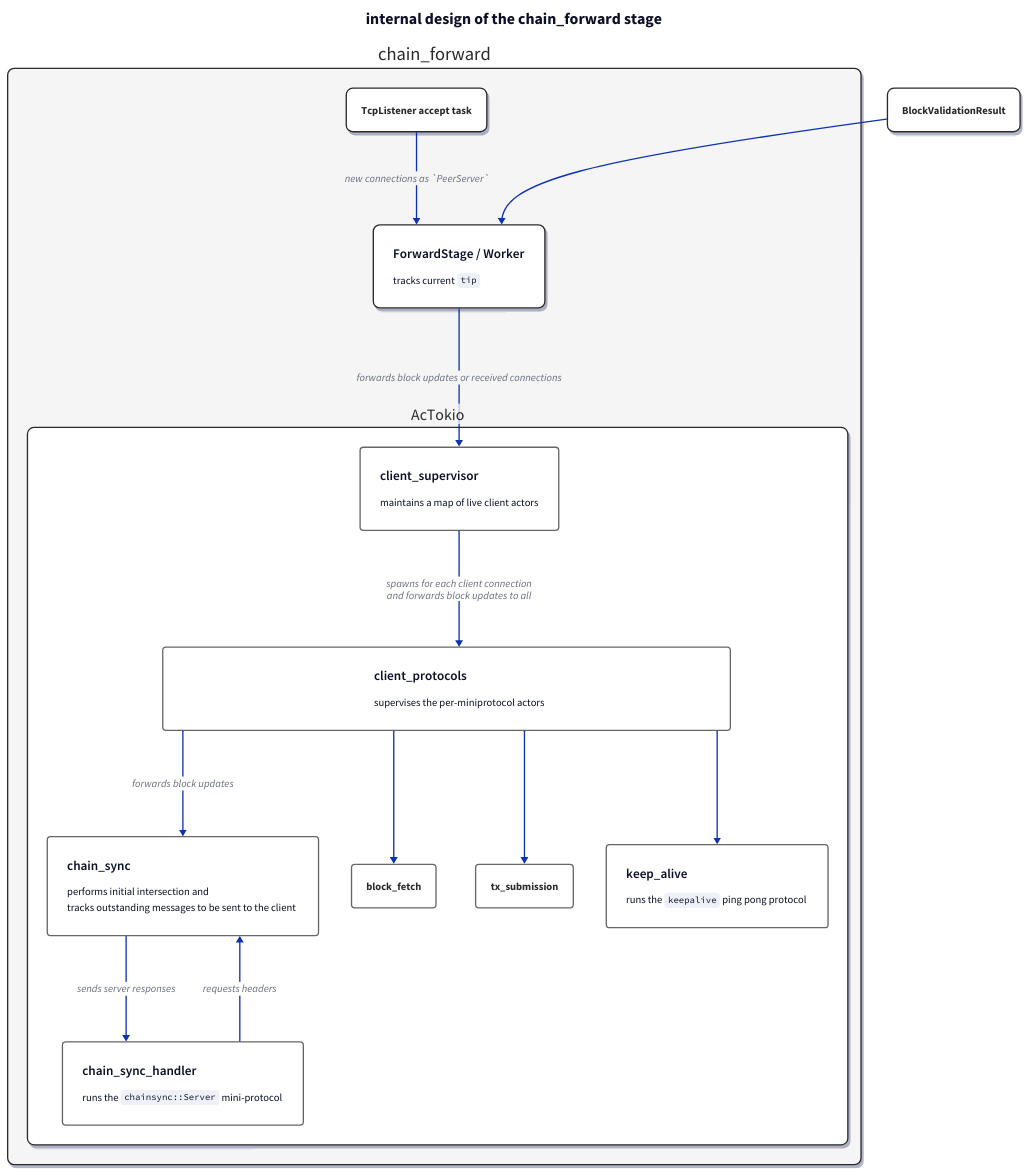
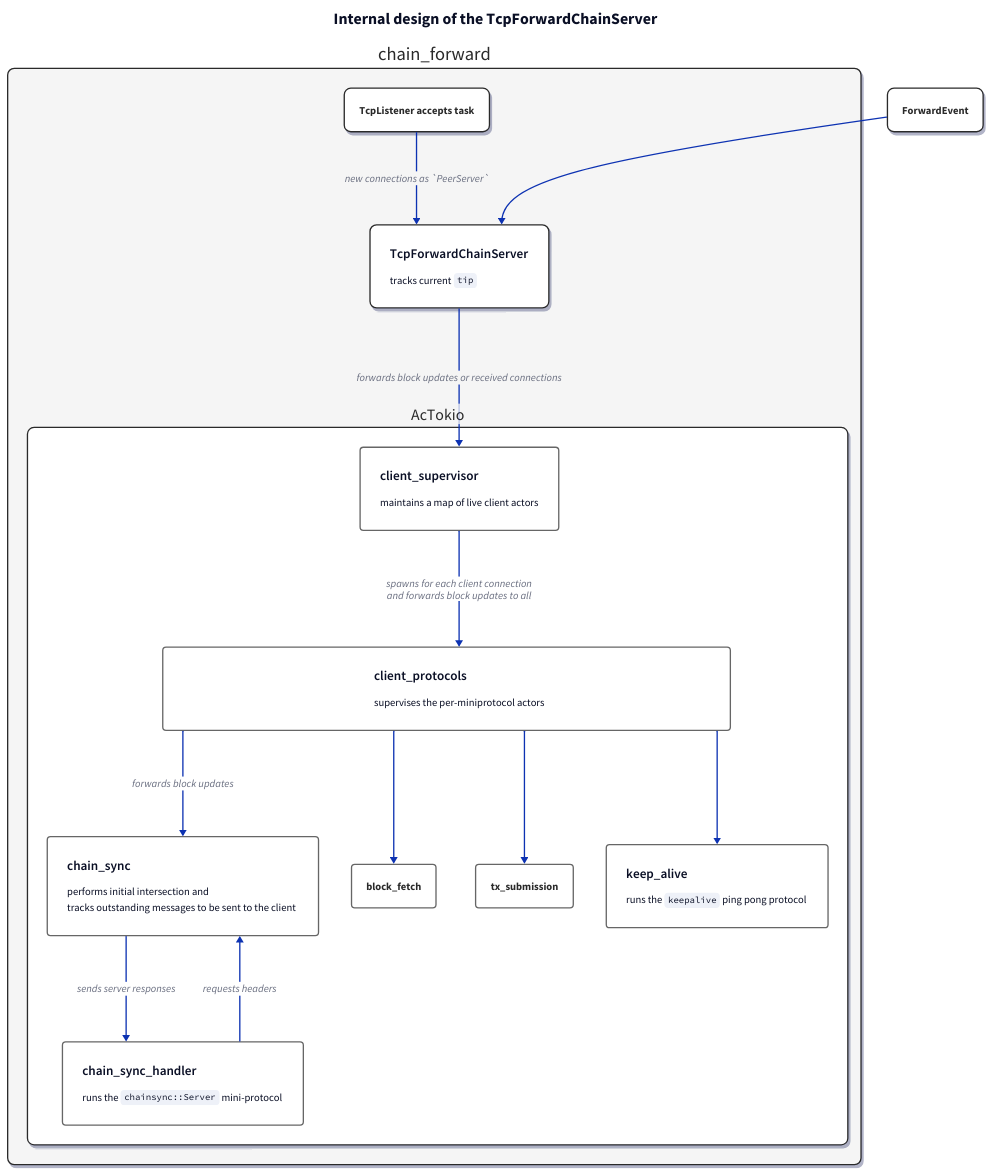
The diagram in crates/amaru/src/stages/consensus/forward_chain/chain_forward.d2 (pragma-org/amaru), drawn with D2 before and after one commit. The commit also changed 26 other files, not shown here.

Commit message:
feat: move the forward_chain stage to pure-stage

```diff
--- a/crates/amaru/src/stages/consensus/forward_chain/chain_forward.d2
+++ b/crates/amaru/src/stages/consensus/forward_chain/chain_forward.d2
@@ -1,126 +1,126 @@
 title: {
-  label: "internal design of the chain_forward stage"
+  label: "Internal design of the TcpForwardChainServer"
   near: top-center
   shape: text
   style.font-size: 24
   style.bold: true
 }
 
 # Styles
 classes: {
   component: {
     style: {
       stroke: "#2a2a2a"
       fill: "#ffffff"
       font-color: "#2a2a2a"
       border-radius: 10
       shadow: true
     }
   }
   container: {
     style: {
       stroke: "#2a2a2a"
       fill: "#f5f5f5"
       font-color: "#2a2a2a"
       border-radius: 10
       shadow: true
     }
   }
   subcomponent: {
     style: {
       stroke: "#666666"
       fill: "#ffffff"
       font-color: "#2a2a2a"
       border-radius: 5
       shadow: false
     }
   }
 }
 
 prev: {
   class: component
-  label: "BlockValidationResult"
+  label: "ForwardEvent"
 }
 
 chain_forward: {
   class: container
   label: "chain_forward"
 
   accept: {
     class: component
-    label: "TcpListener accept task"
+    label: "TcpListener accepts task"
   }
 
   stage: {
     class: component
     label: ""
     t: |md
-      ### ForwardStage / Worker
+      ### TcpForwardChainServer
       tracks current `tip`
     |
   }
 
   AcTokio: {
     class: component
 
     client_supervisor: {
       class: subcomponent
       label: ""
       t: |md
         ### client_supervisor
         maintains a map of live client actors
       |
     }
 
     client_protocols: {
       class: subcomponent
       label: ""
       t: |md
         ### client_protocols
         supervises the per-miniprotocol actors
       |
     }
 
     chain_sync: {
       class: subcomponent
       label: ""
       t: |md
         ### chain_sync
         performs initial intersection and<br/>
         tracks outstanding messages to be sent to the client
       |
     }
     chain_sync_handler: {
       class: subcomponent
       label: ""
       t: |md
         ### chain_sync_handler
         runs the `chainsync::Server` mini-protocol
       |
     }
 
     block_fetch: {class: subcomponent}
     tx_submission: {class: subcomponent}
     keep_alive: {
       class: subcomponent
       label: ""
       t: |md
         ### keep_alive
         runs the `keepalive` ping pong protocol
       |
     }
 
     client_supervisor -> client_protocols: "spawns for each client connection\nand forwards block updates to all"
     client_protocols -> chain_sync: "forwards block updates"
     chain_sync -> chain_sync_handler: "sends server responses"
     chain_sync_handler -> chain_sync: "requests headers"
     client_protocols -> block_fetch
     client_protocols -> tx_submission
     client_protocols -> keep_alive
   }
 
   accept -> stage: "new connections as `PeerServer`"
   stage -> AcTokio.client_supervisor: "forwards block updates or received connections"
 }
 
 prev -> chain_forward.stage
```
